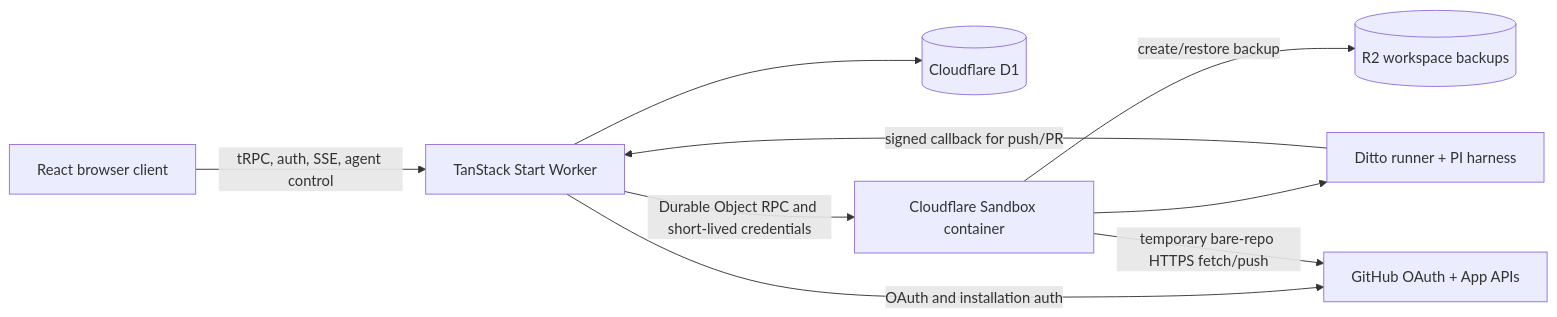
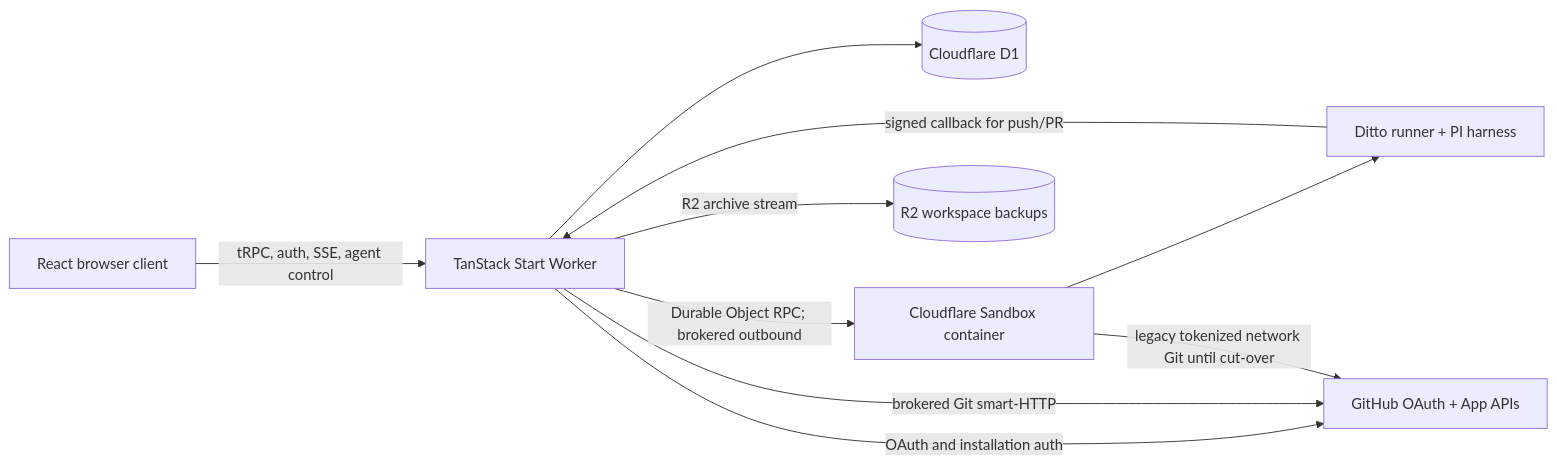
The diagram in docs/architecture/overview.md (metaloozee/ditto), drawn with Mermaid before and after one commit. The commit also changed other lines of this file and 22 other files, not shown here.

First line of the commit message:
feat(web): build project seeds via brokered fetch

````diff
--- a/docs/architecture/overview.md
+++ b/docs/architecture/overview.md
@@ -17,19 +17,20 @@
 ```mermaid
 flowchart LR
   Browser[React browser client]
   Worker[TanStack Start Worker]
   D1[(Cloudflare D1)]
   Sandbox[Cloudflare Sandbox container]
   Runner[Ditto runner + PI harness]
   R2[(R2 workspace backups)]
   GitHub[GitHub OAuth + App APIs]
 
   Browser -->|tRPC, auth, SSE, agent control| Worker
   Worker --> D1
-  Worker -->|Durable Object RPC and short-lived credentials| Sandbox
+  Worker -->|Durable Object RPC; brokered outbound| Sandbox
   Sandbox --> Runner
-  Sandbox -->|create/restore backup| R2
+  Worker -->|R2 archive stream| R2
   Worker -->|OAuth and installation auth| GitHub
-  Sandbox -->|temporary bare-repo HTTPS fetch/push| GitHub
+  Worker -->|brokered Git smart-HTTP| GitHub
+  Sandbox -->|legacy tokenized network Git until cut-over| GitHub
   Runner -->|signed callback for push/PR| Worker
 ```
````
